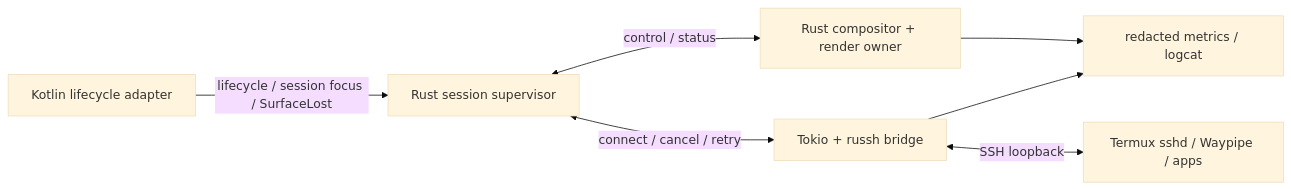
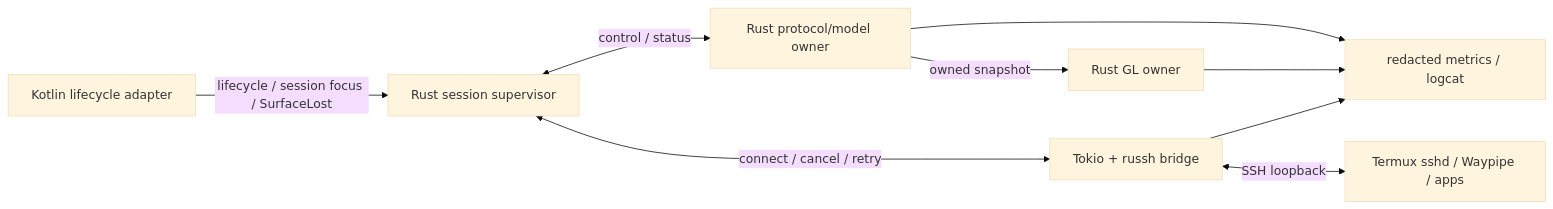
Before and after one commit to tin-machine/eidolon-wayland: the diagram in docs/phase-6-rust-lifecycle-testing.md, drawn with Mermaid (base theme). The commit also changed other lines of this file and 21 other files, not shown here.

````diff
--- a/docs/phase-6-rust-lifecycle-testing.md
+++ b/docs/phase-6-rust-lifecycle-testing.md
@@ -21,9 +24,11 @@
 ```mermaid
 flowchart LR
   K["Kotlin lifecycle adapter"] -->|"lifecycle / session focus / SurfaceLost"| S["Rust session supervisor"]
-  S <-->|"control / status"| R["Rust compositor + render owner"]
+  S <-->|"control / status"| R["Rust protocol/model owner"]
   S <-->|"connect / cancel / retry"| N["Tokio + russh bridge"]
   N <-->|"SSH loopback"| T["Termux sshd / Waypipe / apps"]
+  R -->|"owned snapshot"| G["Rust GL owner"]
   R --> M["redacted metrics / logcat"]
+  G --> M
   N --> M
 ```
````
